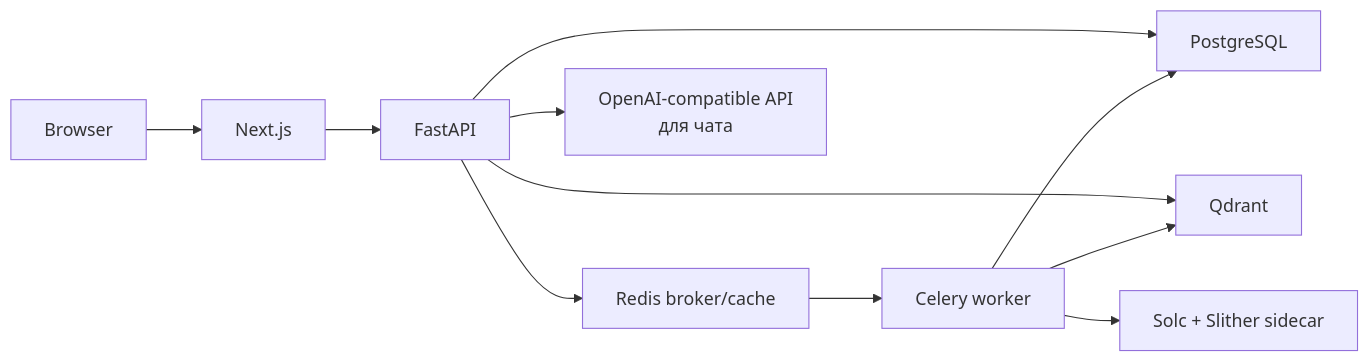
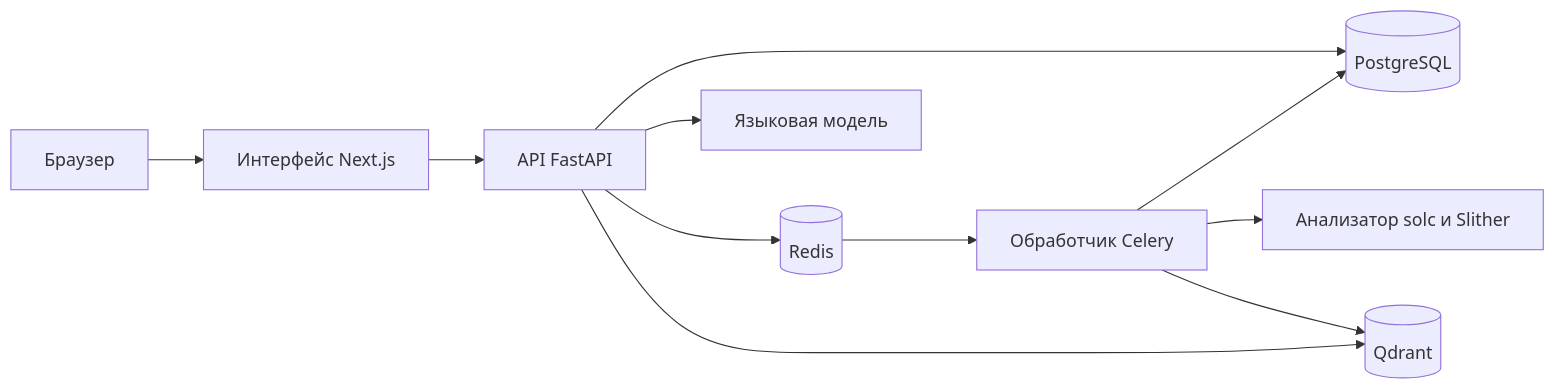
Before and after one commit to vladweat/chainwise: the diagram in README.md, drawn with Mermaid. The commit also changed other lines of this file and 16 other files, not shown here.

````diff
--- a/README.md
+++ b/README.md
@@ -14,13 +17,13 @@
 ```mermaid
 flowchart LR
-  Browser --> Frontend[Next.js]
-  Frontend --> API[FastAPI]
-  API --> PostgreSQL
-  API --> Redis[Redis broker/cache]
-  API --> Qdrant
-  Redis --> Worker[Celery worker]
-  Worker --> PostgreSQL
-  Worker --> Qdrant
-  Worker --> Analyzer[Solc + Slither sidecar]
-  API --> LLM[OpenAI-compatible API<br/>для чата]
+    User[Браузер] --> UI[Интерфейс Next.js]
+    UI --> API[API FastAPI]
+    API --> PG[(PostgreSQL)]
+    API --> Redis[(Redis)]
+    Redis --> Worker[Обработчик Celery]
+    Worker --> Analyzer[Анализатор solc и Slither]
+    Worker --> PG
+    Worker --> Qdrant[(Qdrant)]
+    API --> Qdrant
+    API --> LLM[Языковая модель]
 ```
````
